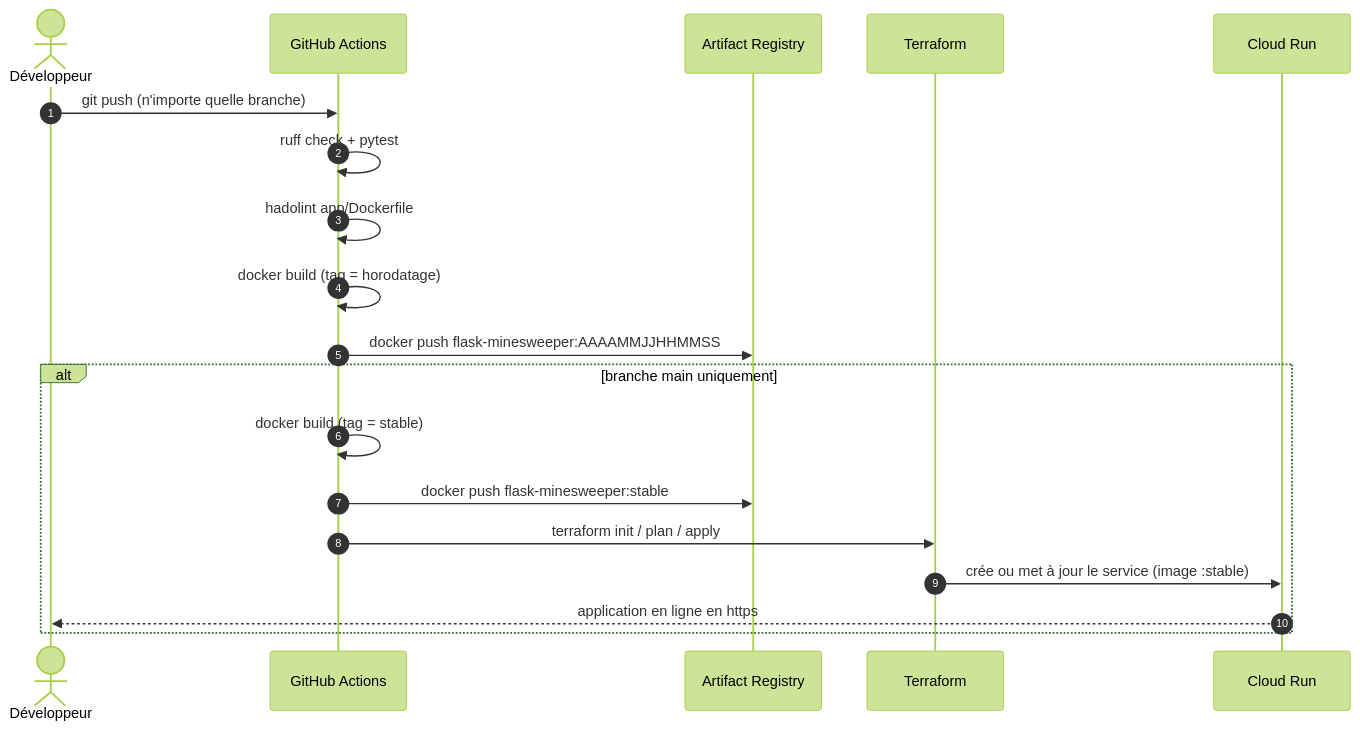
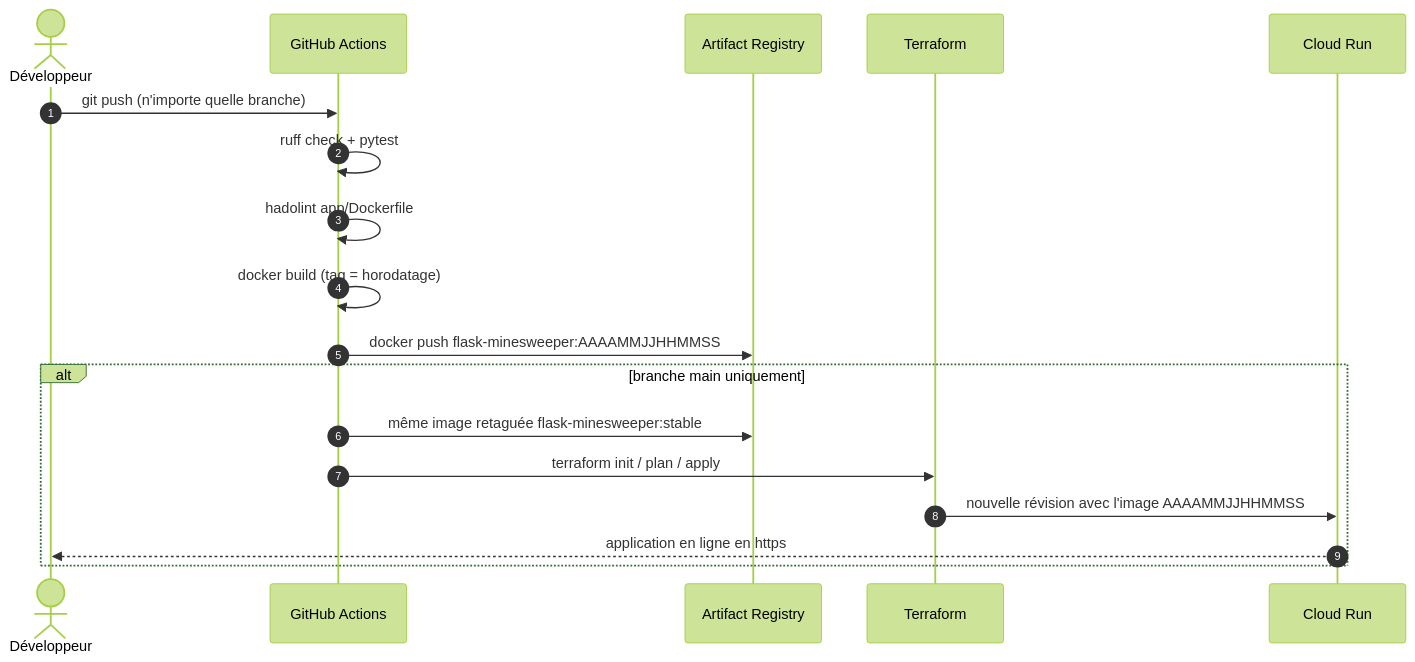
One commit to antoninBr/coding-dojo-devops changed the second of 2 diagrams in README.md. Above: the diagram before and after it, drawn with Mermaid (forest theme). The commit also changed other lines of this file and 4 other files, not shown here.

First line of the commit message:
Deploy the immutable build tag so each push rolls out

````diff
--- a/README.md
+++ b/README.md
@@ -67,23 +67,22 @@
 ```mermaid
 sequenceDiagram
     autonumber
     actor Dev as Développeur
     participant GH as GitHub Actions
     participant AR as Artifact Registry
     participant TF as Terraform
     participant CR as Cloud Run
 
     Dev->>GH: git push (n'importe quelle branche)
     GH->>GH: ruff check + pytest
     GH->>GH: hadolint app/Dockerfile
     GH->>GH: docker build (tag = horodatage)
     GH->>AR: docker push flask-minesweeper:AAAAMMJJHHMMSS
 
     alt branche main uniquement
-        GH->>GH: docker build (tag = stable)
-        GH->>AR: docker push flask-minesweeper:stable
+        GH->>AR: même image retaguée flask-minesweeper:stable
         GH->>TF: terraform init / plan / apply
-        TF->>CR: crée ou met à jour le service (image :stable)
+        TF->>CR: nouvelle révision avec l'image AAAAMMJJHHMMSS
         CR-->>Dev: application en ligne en https
     end
 ```
````
